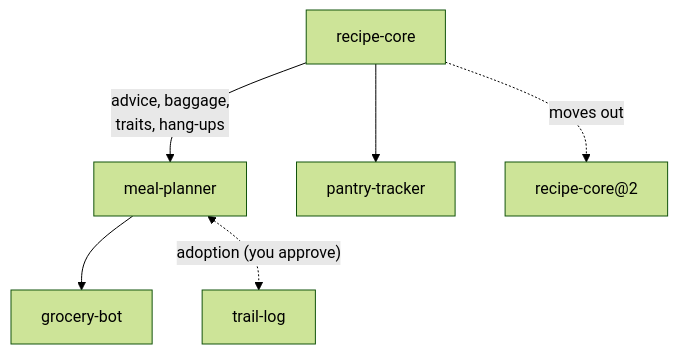
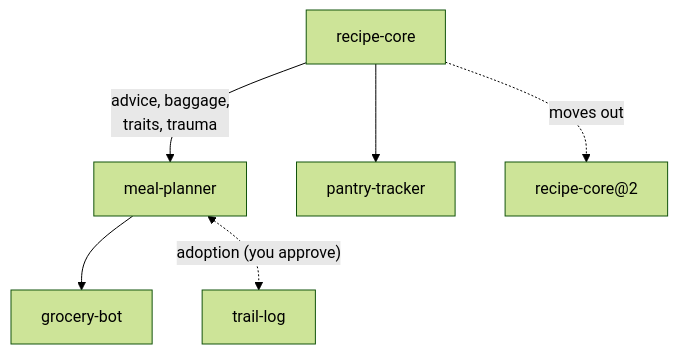
The fourth of 5 diagrams in README.md (TheHaymaker/Ensemble-of-memories), drawn with Mermaid (forest theme) before and after one commit. The commit also changed other lines of this file and 14 other files, not shown here.

````diff
--- a/README.md
+++ b/README.md
@@ -132,8 +133,8 @@
 ```mermaid
 flowchart TB
-    RC["recipe-core"] -->|advice, baggage,<br/>traits, hang-ups| MP["meal-planner"]
+    RC["recipe-core"] -->|advice, baggage,<br/>traits, trauma| MP["meal-planner"]
     RC --> PT["pantry-tracker"]
     MP --> GB["grocery-bot"]
     RC -. moves out .-> RC2["recipe-core@2"]
     MP <-. "adoption (you approve)" .-> TL["trail-log"]
 ```
````
